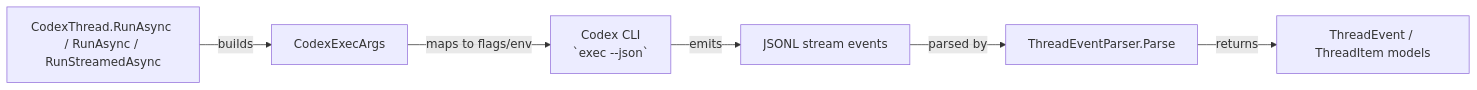
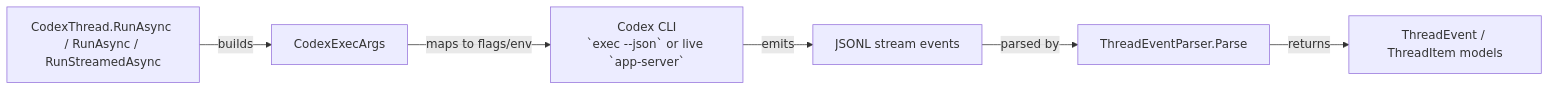
The second of 3 diagrams in docs/Architecture/Overview.md (managedcode/CodexSharpSDK), drawn with Mermaid before and after one commit. The commit also changed other lines of this file and 20 other files, not shown here.

Commit message:
fix: deliver native Codex text deltas through app-server streaming

````diff
--- a/docs/Architecture/Overview.md
+++ b/docs/Architecture/Overview.md
@@ -52,15 +52,15 @@
 ```mermaid
 flowchart LR
   THREAD["CodexThread.RunAsync / RunAsync<T> / RunStreamedAsync"]
   EXECARGS["CodexExecArgs"]
-  CLI["Codex CLI\n`exec --json`"]
+  CLI["Codex CLI\n`exec --json` or live `app-server`"]
   JSONL["JSONL stream events"]
   PARSE["ThreadEventParser.Parse"]
   EVENTS["ThreadEvent / ThreadItem models"]
 
   THREAD --"builds"--> EXECARGS
   EXECARGS --"maps to flags/env"--> CLI
   CLI --"emits"--> JSONL
   JSONL --"parsed by"--> PARSE
   PARSE --"returns"--> EVENTS
 ```
````
